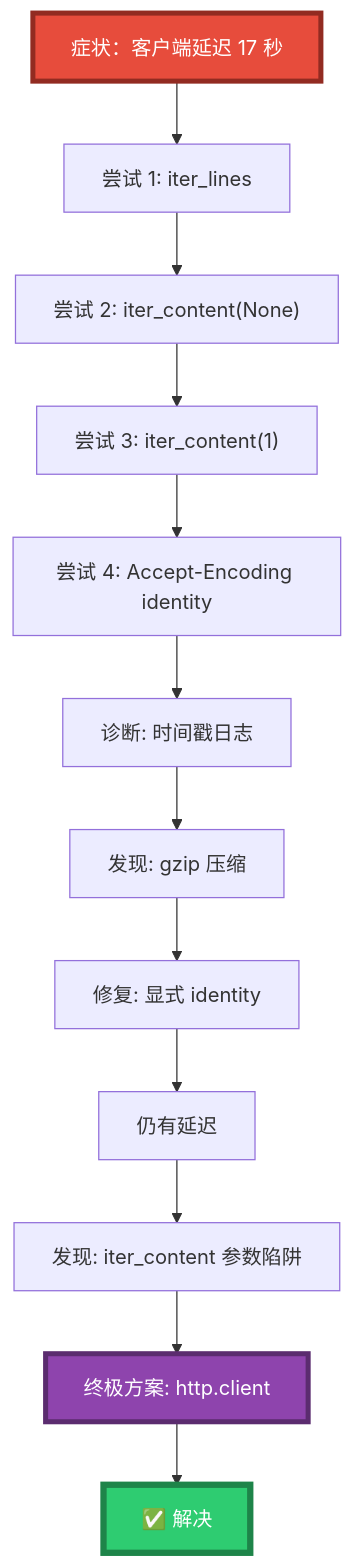
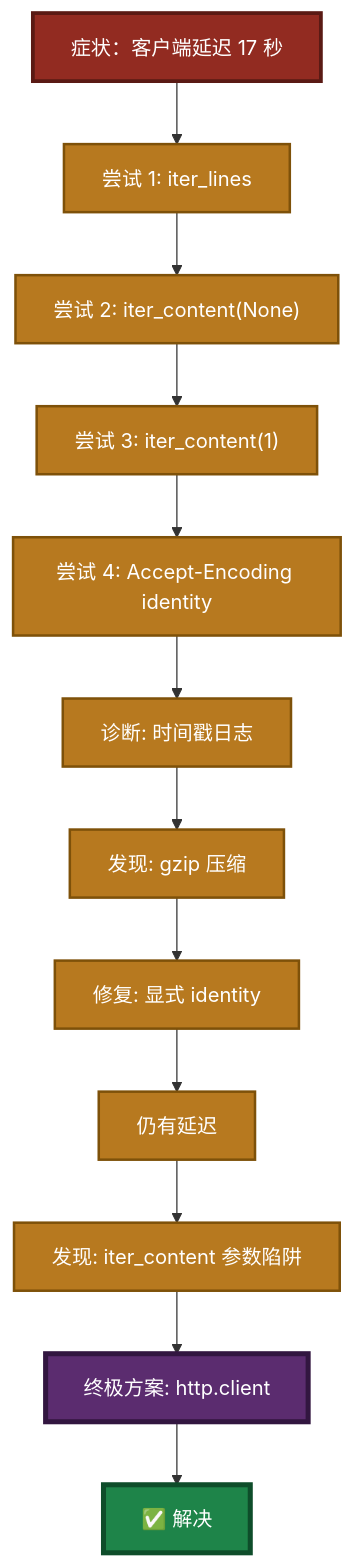
The ninth of 39 diagrams in src/llm-service/LingoFuse_LLM_Service_Work_Summary.md (PassByYou888/LingoFuse-pasAgent), drawn with Mermaid before and after one commit. The commit also changed other lines of this file, not shown here.

````diff
--- a/src/llm-service/LingoFuse_LLM_Service_Work_Summary.md
+++ b/src/llm-service/LingoFuse_LLM_Service_Work_Summary.md
@@ -313,18 +334,27 @@
 ```mermaid
 flowchart TB
     START["症状：客户端延迟 17 秒"] --> A1["尝试 1: iter_lines"]
     A1 --> A2["尝试 2: iter_content(None)"]
     A2 --> A3["尝试 3: iter_content(1)"]
     A3 --> A4["尝试 4: Accept-Encoding identity"]
     A4 --> A5["诊断: 时间戳日志"]
     A5 --> A6["发现: gzip 压缩"]
     A6 --> A7["修复: 显式 identity"]
     A7 --> A8["仍有延迟"]
     A8 --> A9["发现: iter_content 参数陷阱"]
     A9 --> A10["终极方案: http.client"]
     A10 --> DONE["✅ 解决"]
 
-    style START fill:#E74C3C,stroke:#922B21,stroke-width:4px,color:#FFFFFF
-    style DONE fill:#2ECC71,stroke:#1E8449,stroke-width:5px,color:#FFFFFF
-    style A10 fill:#8E44AD,stroke:#5B2C6F,stroke-width:4px,color:#FFFFFF
+    style START fill:#922B21,stroke:#5A1A14,stroke-width:3px,color:#FFFFFF
+    style DONE fill:#1E8449,stroke:#0E4D2A,stroke-width:4px,color:#FFFFFF
+    style A10 fill:#5B2C6F,stroke:#321640,stroke-width:4px,color:#FFFFFF
+    style A1 fill:#B7791F,stroke:#7E5109,stroke-width:2px,color:#FFFFFF
+    style A2 fill:#B7791F,stroke:#7E5109,stroke-width:2px,color:#FFFFFF
+    style A3 fill:#B7791F,stroke:#7E5109,stroke-width:2px,color:#FFFFFF
+    style A4 fill:#B7791F,stroke:#7E5109,stroke-width:2px,color:#FFFFFF
+    style A5 fill:#B7791F,stroke:#7E5109,stroke-width:2px,color:#FFFFFF
+    style A6 fill:#B7791F,stroke:#7E5109,stroke-width:2px,color:#FFFFFF
+    style A7 fill:#B7791F,stroke:#7E5109,stroke-width:2px,color:#FFFFFF
+    style A8 fill:#B7791F,stroke:#7E5109,stroke-width:2px,color:#FFFFFF
+    style A9 fill:#B7791F,stroke:#7E5109,stroke-width:2px,color:#FFFFFF
 ```
````
